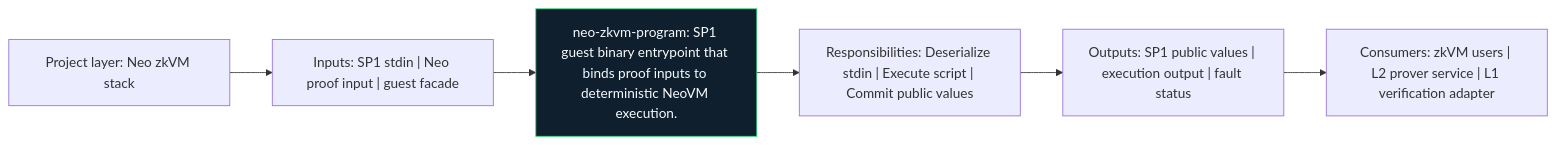
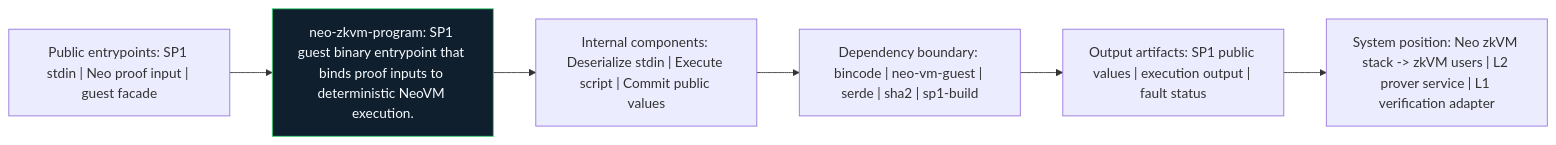
One commit to r3e-network/neo-zkvm changed the diagram in crates/neo-zkvm-program/docs/figures/architecture.mmd. Above: the diagram before and after it, drawn with Mermaid. The commit also changed 97 other files, not shown here.

```diff
--- a/crates/neo-zkvm-program/docs/figures/architecture.mmd
+++ b/crates/neo-zkvm-program/docs/figures/architecture.mmd
@@ -1,14 +1,14 @@
 flowchart LR
-    N1["Project layer: Neo zkVM stack"]
-    N2["Inputs: SP1 stdin | Neo proof input | guest facade"]
-    N3["neo-zkvm-program: SP1 guest binary entrypoint that binds proof inputs to deterministic NeoVM execution."]
-    N4["Responsibilities: Deserialize stdin | Execute script | Commit public values"]
-    N5["Outputs: SP1 public values | execution output | fault status"]
-    N6["Consumers: zkVM users | L2 prover service | L1 verification adapter"]
+    N1["Public entrypoints: SP1 stdin | Neo proof input | guest facade"]
+    N2["neo-zkvm-program: SP1 guest binary entrypoint that binds proof inputs to deterministic NeoVM execution."]
+    N3["Internal components: Deserialize stdin | Execute script | Commit public values"]
+    N4["Dependency boundary: bincode | neo-vm-guest | serde | sha2 | sp1-build"]
+    N5["Output artifacts: SP1 public values | execution output | fault status"]
+    N6["System position: Neo zkVM stack -> zkVM users | L2 prover service | L1 verification adapter"]
     N1 --> N2
     N2 --> N3
     N3 --> N4
     N4 --> N5
     N5 --> N6
     classDef crate fill:#101f2d,stroke:#38d978,color:#f6fbff
-    class N3 crate
+    class N2 crate
```
